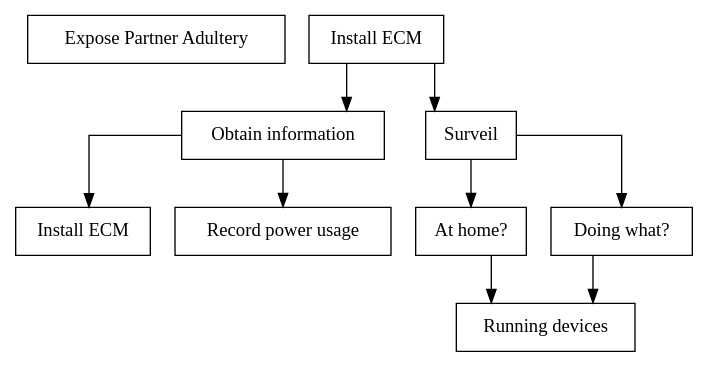
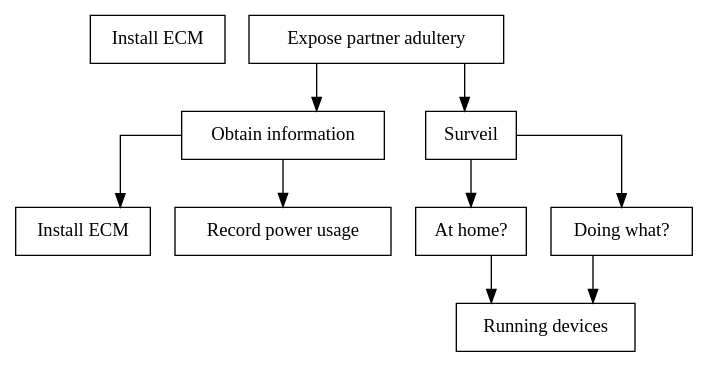
The diagram in figures/graphviz/partner_vs_consumer_ecm.dot (des904e15/report), drawn with Graphviz before and after one commit. The commit also changed 11 other files, not shown here.

Commit message:
Applied attacktree tool to partner attack trees

```diff
--- a/figures/graphviz/partner_vs_consumer_ecm.dot
+++ b/figures/graphviz/partner_vs_consumer_ecm.dot
@@ -1,30 +1,30 @@
 digraph finite_state_machine {
   node [shape = rectangle];
   graph [splines=ortho];
 
-  attack[label="Expose Partner Adultery"];
-  sm_access[label = "Install ECM",shape=AND];
+  attack[label="Install ECM"];
+  root[label = "Expose partner adultery",shape=AND];
 
   obtain_info[label="Obtain information",shape=AND];
-  sm_access->obtain_info;
+  root->obtain_info;
 
     install_ecm[label="Install ECM"];
     obtain_info->install_ecm;
 
     record_usage[label="Record power usage"];
     obtain_info->record_usage;
 
   surveil[label="Surveil",shape=OR];
-  sm_access->surveil;
+  root->surveil;
 
     at_home[label="At home?"];
     surveil->at_home
 
       running_devices[label="Running devices"];
       at_home->running_devices;
 
     doing_what[label="Doing what?"];
     surveil->doing_what;
 
       doing_what->running_devices;
 }
```
